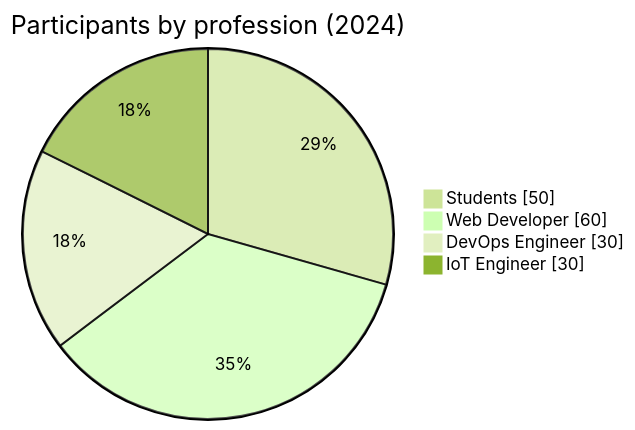
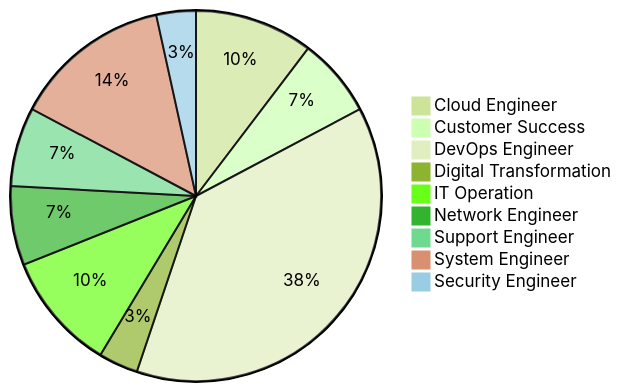
Before and after one commit to ubucon-asia/sponsorship-prospectus: the third of 3 diagrams in sponsorship-prospectus.md, drawn with Mermaid (forest theme). The commit also changed other lines of this file, not shown here.

Commit message:
Update pie chart

```diff
--- a/sponsorship-prospectus.md
+++ b/sponsorship-prospectus.md
@@ -168,9 +206,12 @@
-<pre class="mermaid mermaid-100h">
-pie showData
-title Participants by profession (2024)
-    "Students" : 50
-    "Web Developer" : 60
-    "DevOps Engineer" : 30
-    "IoT Engineer" : 30
-
+<pre class="mermaid mermaid-100h"  style="height: 40%">
+pie 
+    "Cloud Engineer":	3
+    "Customer Success":	2
+    "DevOps Engineer":	11
+    "Digital Transformation":	1
+    "IT Operation":	3
+    "Network Engineer":	2
+    "Support Engineer":	2
+    "System Engineer":	4
+    "Security Engineer":	1
 </pre>
```
